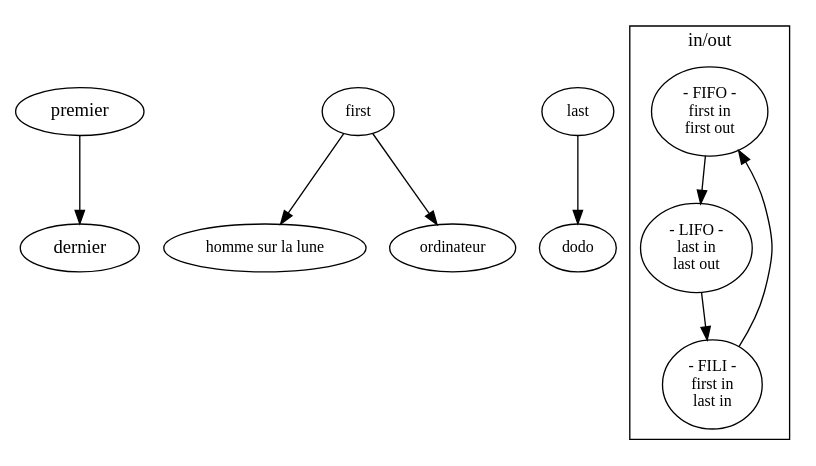
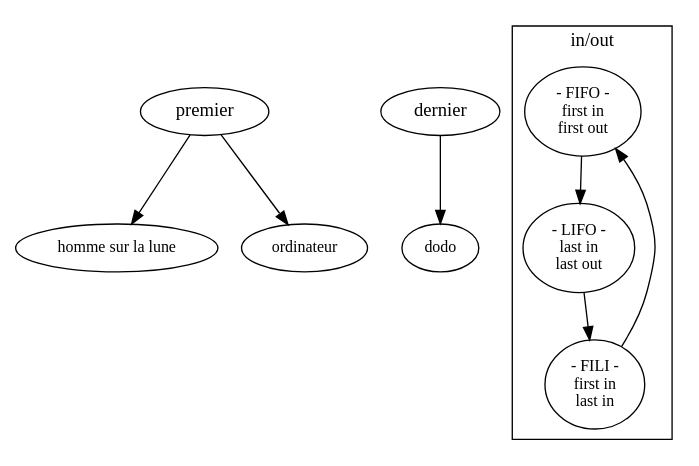
Before and after one commit to ensad-nancy/first-last: the diagram in sujet.dot, drawn with Graphviz.

Commit message:
+	first [label="premier"] +	last [label="dernier"] +

```diff
--- a/sujet.dot
+++ b/sujet.dot
@@ -1,26 +1,28 @@
 digraph {
 
-	premier -> dernier
+	first [label="premier"]
+	last [label="dernier"]
+	
 	fontname="myriadpro"
 	fontsize = 14
 	
 	node [fontname="myriadpro", fontsize = 12]
 	edge [fontname="monaco", fontsize = 10]
 
 	first -> "homme sur la lune"
 	first -> "ordinateur"
 	
 	last -> dodo
 
 	subgraph cluster_FO{
 	
 		label="in/out"
 		
 		FIFO [label="- FIFO -\nfirst in\nfirst out"]
 		LIFO [label="- LIFO -\nlast in\nlast out"]
 		FILI [label="- FILI -\nfirst in\n last in"]
 
 		FILI -> FIFO -> LIFO -> FILI
 	}
 	
 }
```
